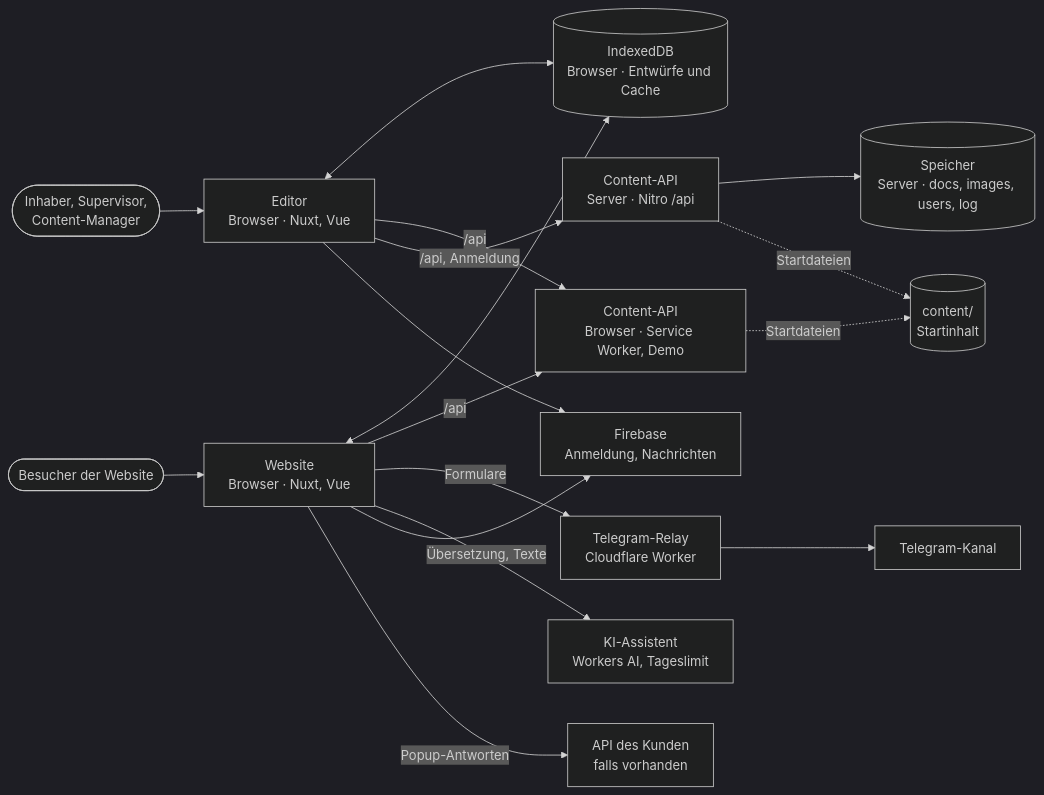
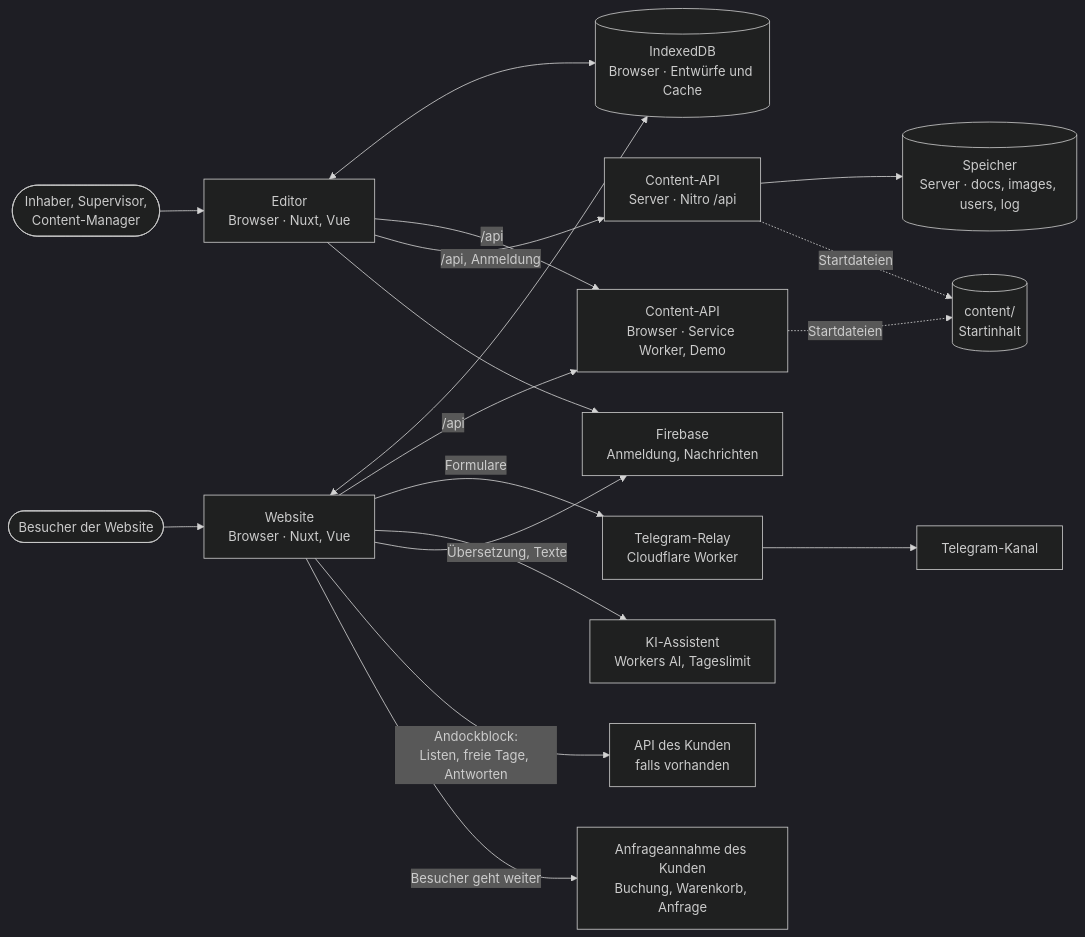
The diagram in docs/architecture/containers.de.mmd (garevna/sve-studio), drawn with Mermaid (dark theme) before and after one commit. The commit also changed 67 other files, not shown here.

```diff
--- a/docs/architecture/containers.de.mmd
+++ b/docs/architecture/containers.de.mmd
@@ -1,35 +1,37 @@
 flowchart LR
   owner(["Inhaber, Supervisor,<br/>Content-Manager"])
   visitor(["Besucher der Website"])
 
   editor["Editor<br/>Browser · Nuxt, Vue"]
   site["Website<br/>Browser · Nuxt, Vue"]
 
   dbw[("IndexedDB<br/>Browser · Entwürfe und Cache")]
   sw["Content-API<br/>Browser · Service Worker, Demo"]
   nitro["Content-API<br/>Server · Nitro /api"]
 
   store[("Speicher<br/>Server · docs, images, users, log")]
   seed[("content/<br/>Startinhalt")]
 
   relay["Telegram-Relay<br/>Cloudflare Worker"]
   channel["Telegram-Kanal"]
   ai["KI-Assistent<br/>Workers AI, Tageslimit"]
   fb["Firebase<br/>Anmeldung, Nachrichten"]
   client["API des Kunden<br/>falls vorhanden"]
 
   owner --> editor
   visitor --> site
   editor <--> dbw
   site <--> dbw
   editor -- "/api" --> sw
   editor -- "/api, Anmeldung" --> nitro
   site -- "/api" --> sw
   sw -. "Startdateien" .-> seed
   nitro --> store
   nitro -. "Startdateien" .-> seed
   site -- "Formulare" --> relay --> channel
   site -- "Übersetzung, Texte" --> ai
   site --> fb
   editor --> fb
-  site -- "Popup-Antworten" --> client
+  engine["Anfrageannahme des Kunden<br/>Buchung, Warenkorb, Anfrage"]
+  site -- "Andockblock:<br/>Listen, freie Tage, Antworten" --> client
+  site -- "Besucher geht weiter" --> engine
```
